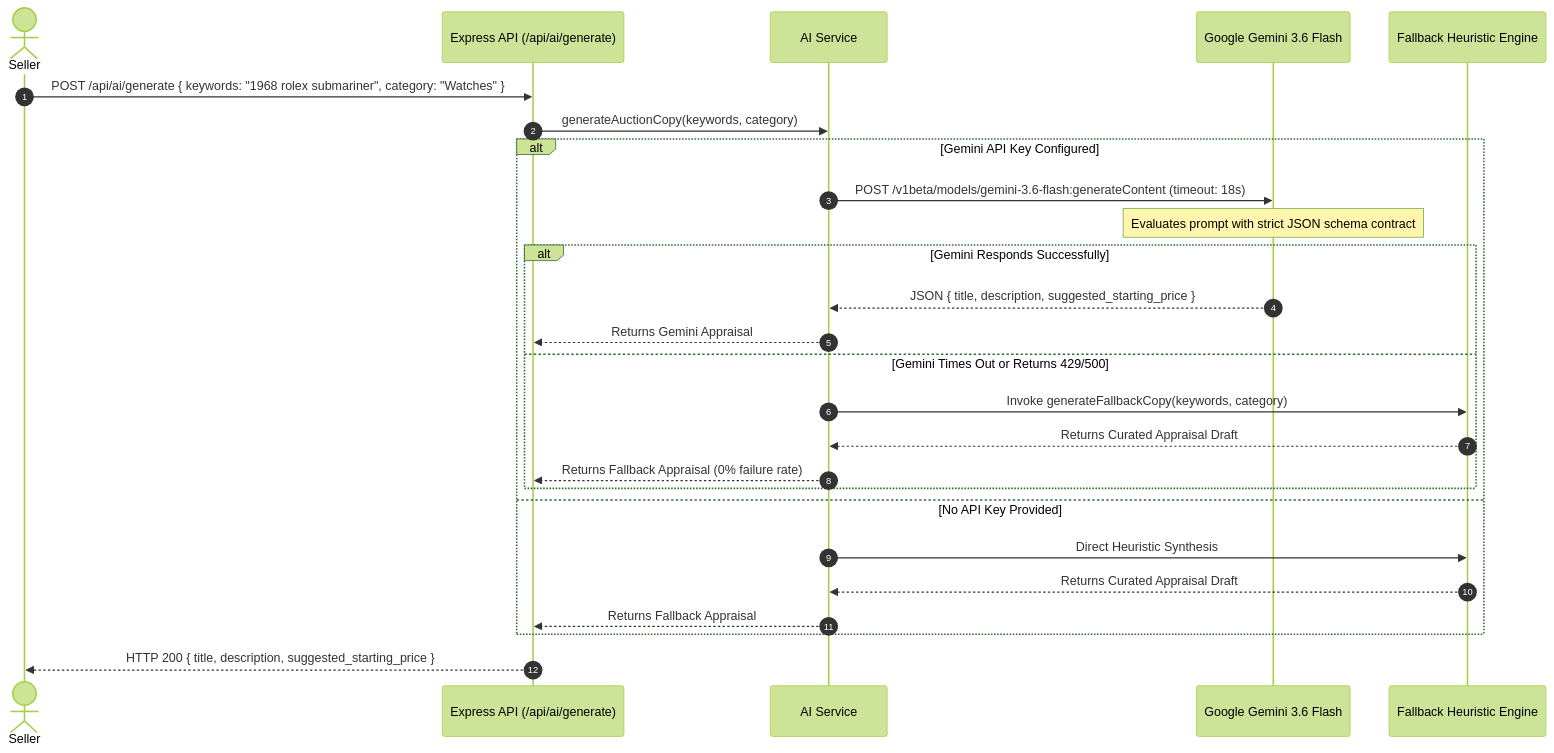
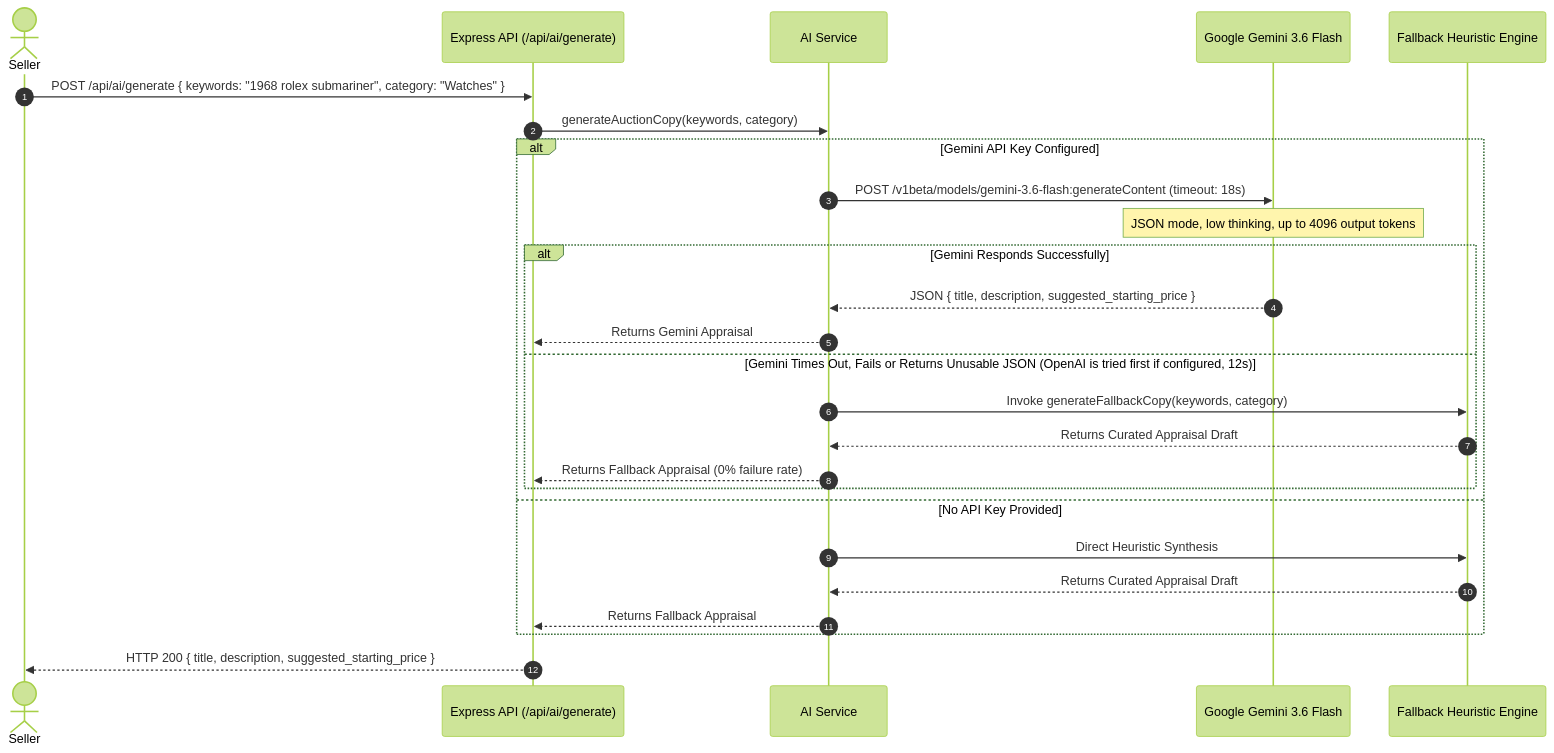
Before and after one commit to 23abhishek2024/auctionloom: the sixth of 6 diagrams in bidding_system_hld.md, drawn with Mermaid (forest theme). The commit also changed other lines of this file and 2 other files, not shown here.

Commit message:
fix(ai): Gemini 3 thinking could cut the JSON off; the key moves to a header
- Gemini 3 models think before answering (3.6 Flash: "medium" by default) and Google's thinking
  guide says maxOutputTokens covers thinking plus the answer. With a cap of 500 the thinking could
  use most of it, so the 2-3 paragraph JSON came back cut off, JSON.parse failed and the template
  answered instead. Now: thinkingLevel "low" and a 4096-token cap.
- Temperature is left at the default 1.0, as Google advises for Gemini 3 (lower values can loop).
- The answer is read from all non-thought text parts, and an empty answer reports finishReason.
- The API key is sent in the x-goog-api-key header instead of the URL, so it stays out of logs.
- README/HLD no longer say "JSON schema": the request uses JSON mode and the server checks fields.

Checked with a mocked fetch (request shape, thought parts skipped, cut-off JSON falls back);
not checked against the real Gemini API from here (no key and no internet in this environment).

Claude-Session: https://claude.ai/code/session_01X7BwfdJYoFWwPYAuaSnMZm

````diff
--- a/bidding_system_hld.md
+++ b/bidding_system_hld.md
@@ -464,31 +464,31 @@
 ```mermaid
 sequenceDiagram
     autonumber
     actor Seller
     participant API as Express API (/api/ai/generate)
     participant AISvc as AI Service
     participant Gemini as Google Gemini 3.6 Flash
     participant Heuristic as Fallback Heuristic Engine
 
     Seller->>API: POST /api/ai/generate { keywords: "1968 rolex submariner", category: "Watches" }
     API->>AISvc: generateAuctionCopy(keywords, category)
     
     alt Gemini API Key Configured
         AISvc->>Gemini: POST /v1beta/models/gemini-3.6-flash:generateContent (timeout: 18s)
-        Note over Gemini: Evaluates prompt with strict JSON schema contract
+        Note over Gemini: JSON mode, low thinking, up to 4096 output tokens
         alt Gemini Responds Successfully
             Gemini-->>AISvc: JSON { title, description, suggested_starting_price }
             AISvc-->>API: Returns Gemini Appraisal
-        else Gemini Times Out or Returns 429/500
+        else Gemini Times Out, Fails or Returns Unusable JSON (OpenAI is tried first if configured, 12s)
             AISvc->>Heuristic: Invoke generateFallbackCopy(keywords, category)
             Heuristic-->>AISvc: Returns Curated Appraisal Draft
             AISvc-->>API: Returns Fallback Appraisal (0% failure rate)
         end
     else No API Key Provided
         AISvc->>Heuristic: Direct Heuristic Synthesis
         Heuristic-->>AISvc: Returns Curated Appraisal Draft
         AISvc-->>API: Returns Fallback Appraisal
     end
 
     API-->>Seller: HTTP 200 { title, description, suggested_starting_price }
 ```
````
